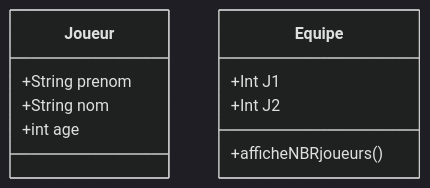
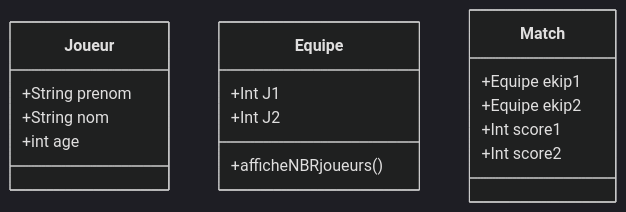
Before and after one commit to Calanfive/exo-basket: the second of 2 diagrams in README.md, drawn with Mermaid (dark theme). The commit also changed 2 other files, not shown here.

Commit message:
class_Match_+_classDiagram

````diff
--- a/README.md
+++ b/README.md
@@ -44,14 +44,22 @@
 ```mermaid
 classDiagram
     class Joueur{
       +String prenom
       +String nom
       +int age
     }
 
     class Equipe{
       +Int J1
       +Int J2
       +afficheNBRjoueurs()
     }
+
+    class Match{
+      +Equipe ekip1
+      +Equipe ekip2
+      +Int score1
+      +Int score2
+    }
+
 ```
````
